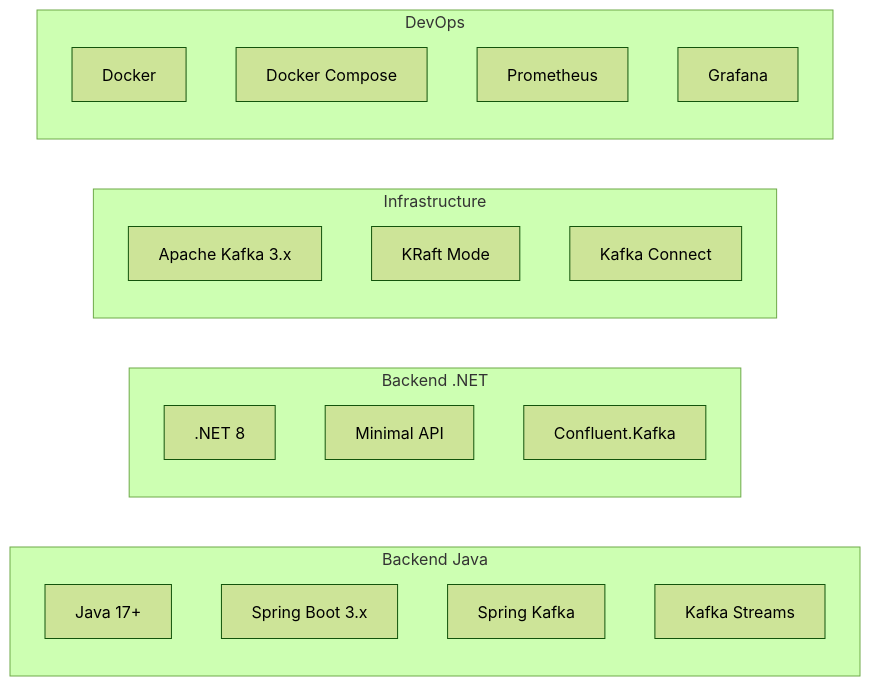
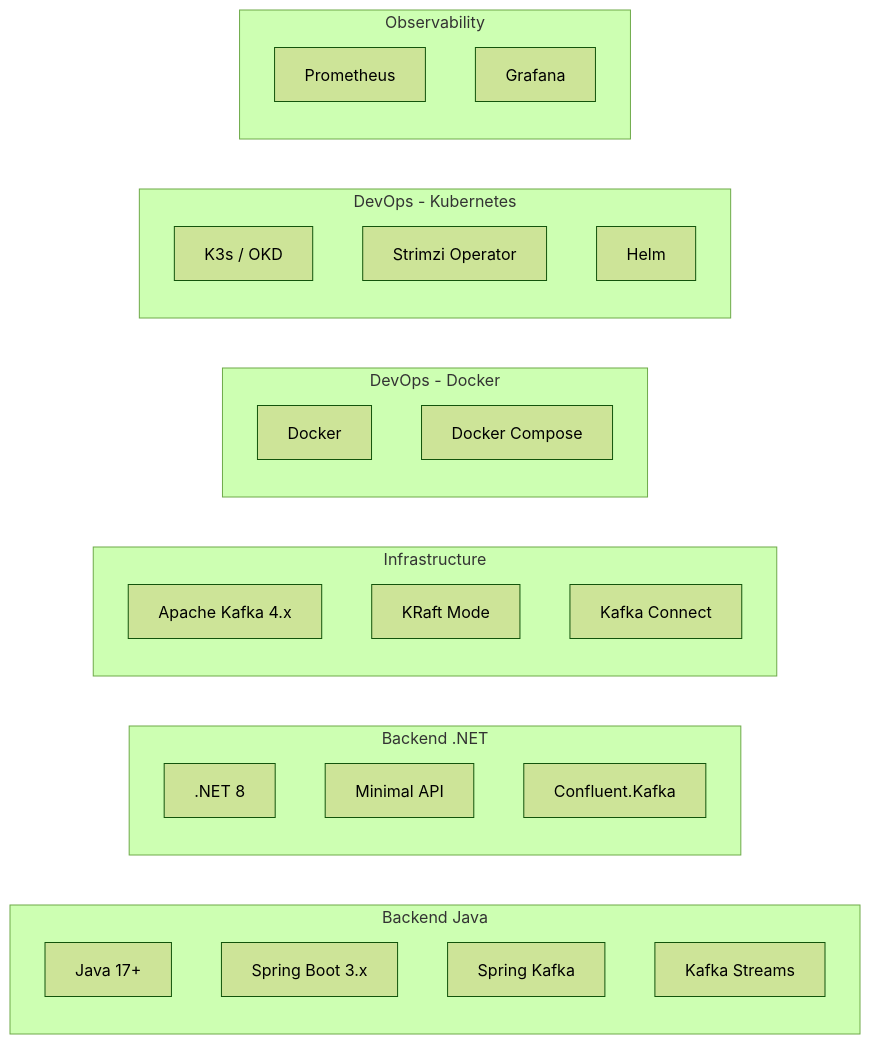
The sixth of 6 diagrams in formation-v2/00-overview/README.md (msellamiTN/kafka-bhf), drawn with Mermaid (forest theme) before and after one commit. The commit also changed other lines of this file, not shown here.

Commit message:
docs: add OKD/K3s support to formation overview

````diff
--- a/formation-v2/00-overview/README.md
+++ b/formation-v2/00-overview/README.md
@@ -189,28 +235,37 @@
 ```mermaid
 flowchart LR
     subgraph "Backend Java"
         J[Java 17+]
         SB[Spring Boot 3.x]
         SK[Spring Kafka]
         KS[Kafka Streams]
     end
     
     subgraph "Backend .NET"
         N[.NET 8]
         MA[Minimal API]
         CK[Confluent.Kafka]
     end
     
     subgraph "Infrastructure"
-        KF[Apache Kafka 3.x]
+        KF[Apache Kafka 4.x]
         KR[KRaft Mode]
         KC[Kafka Connect]
     end
     
-    subgraph "DevOps"
+    subgraph "DevOps - Docker"
         D[Docker]
         DC[Docker Compose]
+    end
+    
+    subgraph "DevOps - Kubernetes"
+        K3[K3s / OKD]
+        ST[Strimzi Operator]
+        HE[Helm]
+    end
+    
+    subgraph "Observability"
         P[Prometheus]
         G[Grafana]
     end
 ```
````
